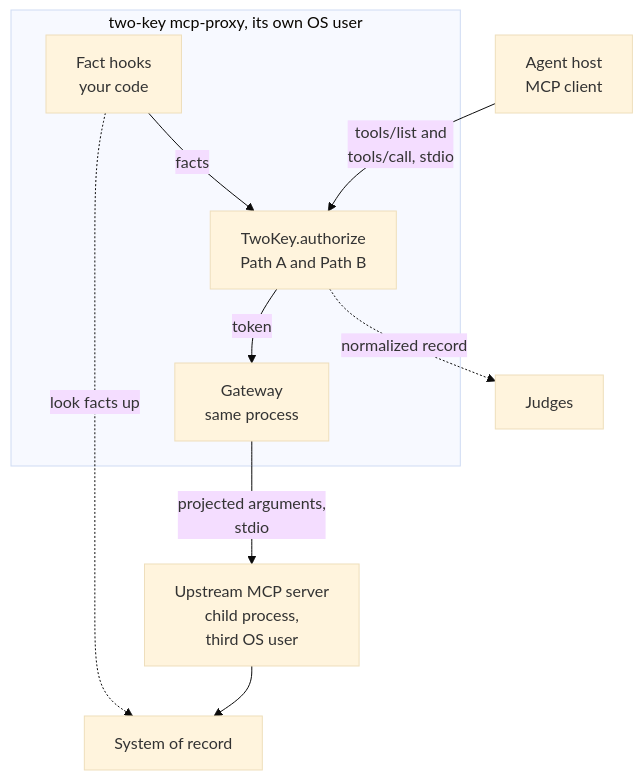
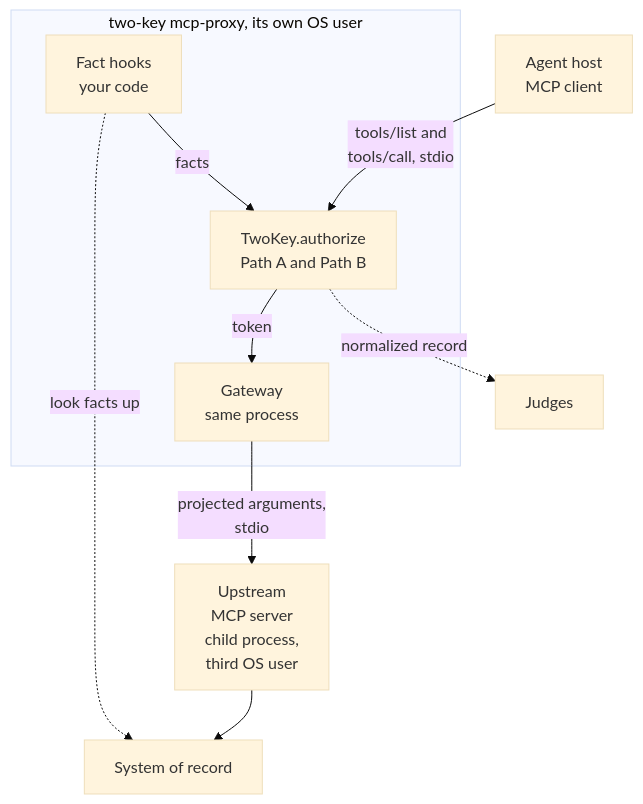
The fourth of 5 diagrams in docs/HOWTO.md (Insomniac-VibeLabs/two-key), drawn with Mermaid (base theme) before and after one commit. The commit also changed 3 other files, not shown here.

First line of the commit message:
README: MCP proxy diagram top to bottom so labels do not overlap; 0.8.0 and 0.9.0 marked as betas

````diff
--- a/docs/HOWTO.md
+++ b/docs/HOWTO.md
@@ -1712,12 +1712,12 @@
 ```mermaid
 flowchart TD
   host["Agent host<br/>MCP client"] -- "tools/list and<br/>tools/call, stdio" --> tk
   subgraph proxy["two-key mcp-proxy, its own OS user"]
     hooks["Fact hooks<br/>your code"] -- "facts" --> tk["TwoKey.authorize<br/>Path A and Path B"]
     tk -- "token" --> gw["Gateway<br/>same process"]
   end
   tk -. "normalized record" .-> judges["Judges"]
-  gw -- "projected arguments,<br/>stdio" --> up["Upstream MCP server<br/>child process,<br/>third OS user"]
+  gw -- "projected arguments,<br/>stdio" --> up["Upstream<br/>MCP server<br/>child process,<br/>third OS user"]
   up --> sor["System of record"]
   hooks -. "look facts up" .-> sor
 ```
````
